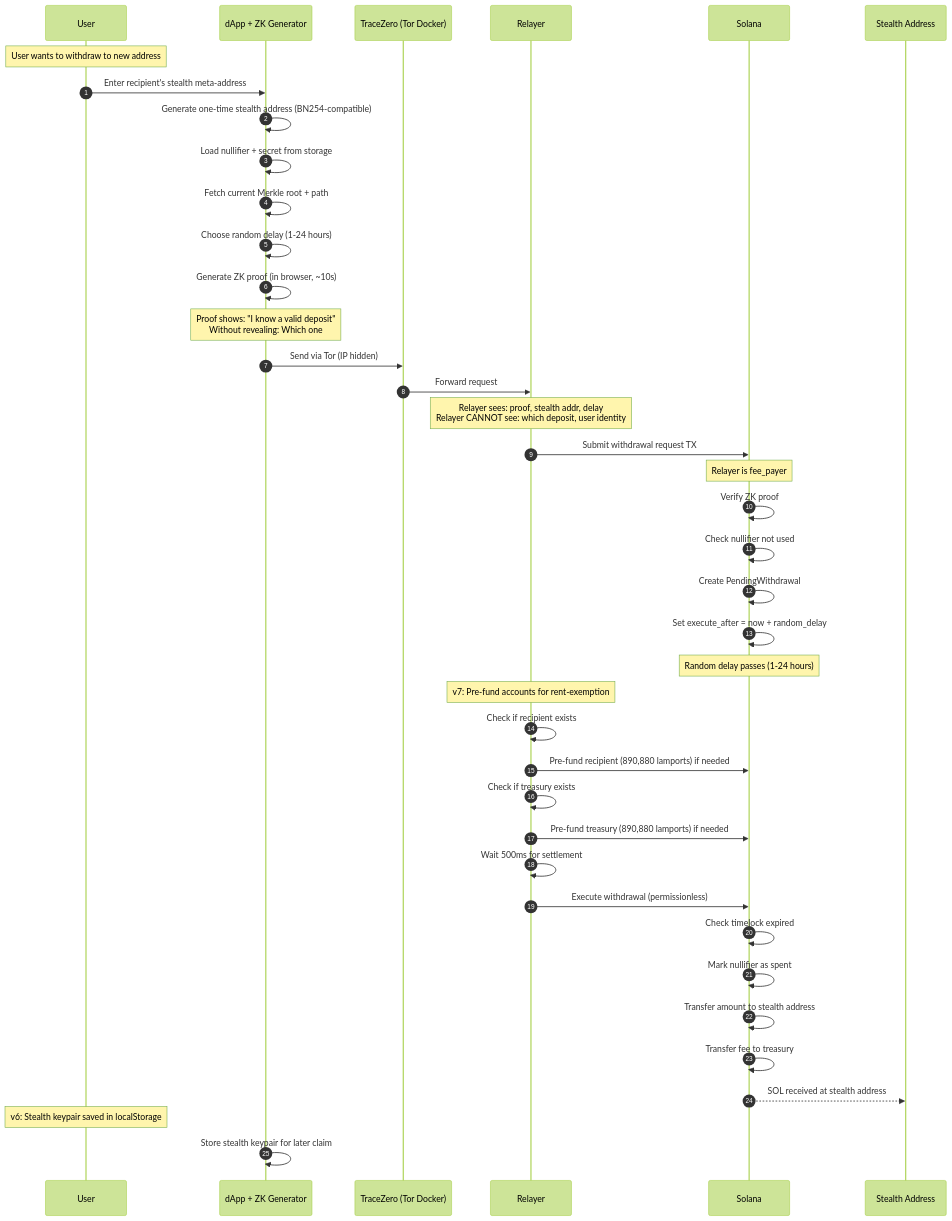
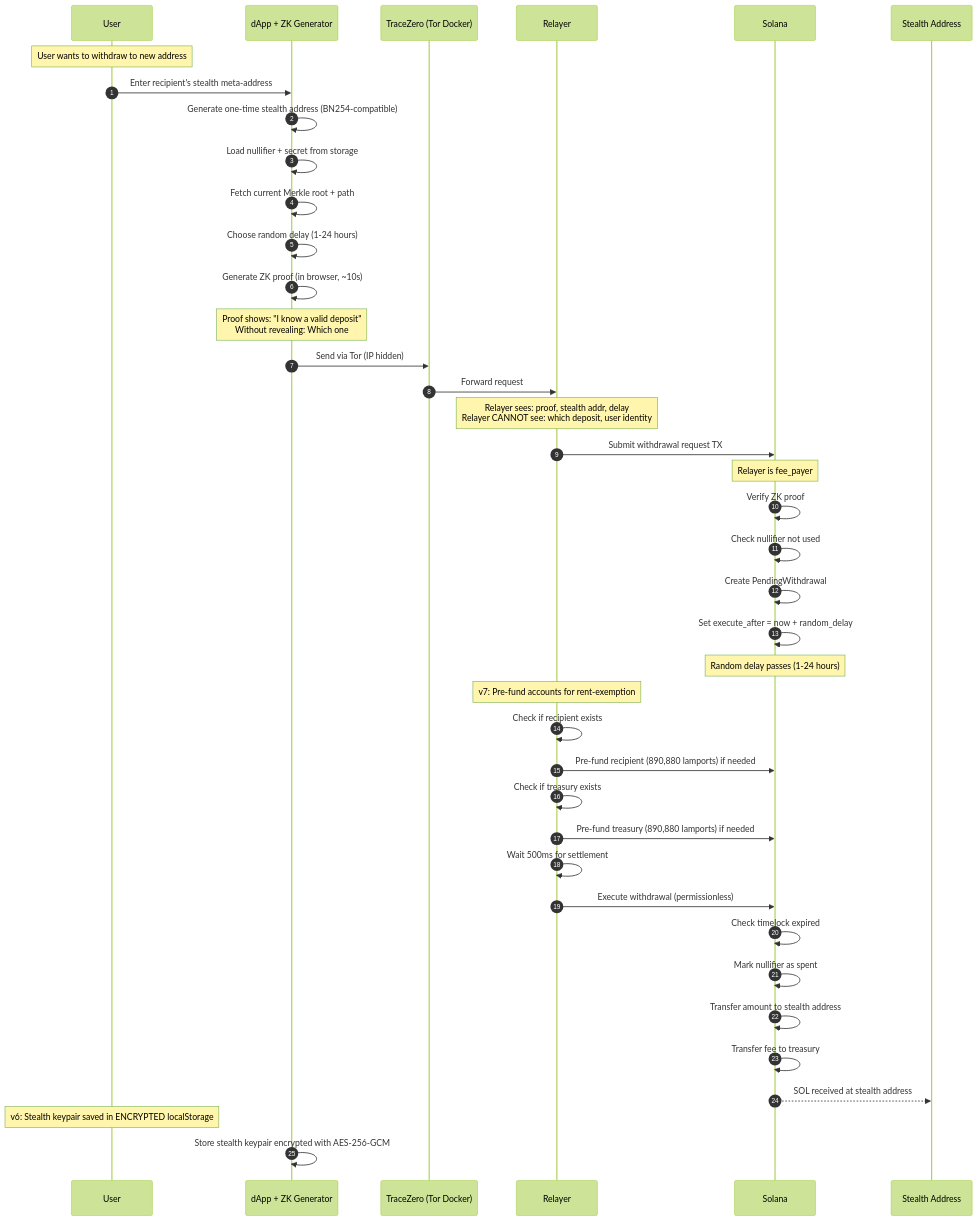
The sixth of 11 diagrams in docs/architecture.md (MdSadiqMd/TraceZero), drawn with Mermaid (forest theme) before and after one commit. The commit also changed other lines of this file and 1 other file, not shown here.

Commit message:
update decisions and architecture

````diff
--- a/docs/architecture.md
+++ b/docs/architecture.md
@@ -609,53 +609,53 @@
 ```mermaid
 sequenceDiagram
     autonumber
     participant User as User
     participant dApp as dApp + ZK Generator
     participant TZ as TraceZero (Tor Docker)
     participant Relayer as Relayer
     participant Solana as Solana
     participant Recipient as Stealth Address
     
     Note over User: User wants to withdraw to new address
     
     User->>dApp: Enter recipient's stealth meta-address
     dApp->>dApp: Generate one-time stealth address (BN254-compatible)
     dApp->>dApp: Load nullifier + secret from storage
     dApp->>dApp: Fetch current Merkle root + path
     dApp->>dApp: Choose random delay (1-24 hours)
     
     dApp->>dApp: Generate ZK proof (in browser, ~10s)
     Note over dApp: Proof shows: "I know a valid deposit"<br/>Without revealing: Which one
     
     dApp->>TZ: Send via Tor (IP hidden)
     TZ->>Relayer: Forward request
     Note over Relayer: Relayer sees: proof, stealth addr, delay<br/>Relayer CANNOT see: which deposit, user identity
     
     Relayer->>Solana: Submit withdrawal request TX
     Note over Solana: Relayer is fee_payer
     
     Solana->>Solana: Verify ZK proof
     Solana->>Solana: Check nullifier not used
     Solana->>Solana: Create PendingWithdrawal
     Solana->>Solana: Set execute_after = now + random_delay
     
     Note over Solana: Random delay passes (1-24 hours)
     
     Note over Relayer: v7: Pre-fund accounts for rent-exemption
     Relayer->>Relayer: Check if recipient exists
     Relayer->>Solana: Pre-fund recipient (890,880 lamports) if needed
     Relayer->>Relayer: Check if treasury exists
     Relayer->>Solana: Pre-fund treasury (890,880 lamports) if needed
     Relayer->>Relayer: Wait 500ms for settlement
     
     Relayer->>Solana: Execute withdrawal (permissionless)
     Solana->>Solana: Check timelock expired
     Solana->>Solana: Mark nullifier as spent
     Solana->>Solana: Transfer amount to stealth address
     Solana->>Solana: Transfer fee to treasury
     
     Solana-->>Recipient: SOL received at stealth address
     
-    Note over User: v6: Stealth keypair saved in localStorage
-    dApp->>dApp: Store stealth keypair for later claim
+    Note over User: v6: Stealth keypair saved in ENCRYPTED localStorage
+    dApp->>dApp: Store stealth keypair encrypted with AES-256-GCM
 ```
````
